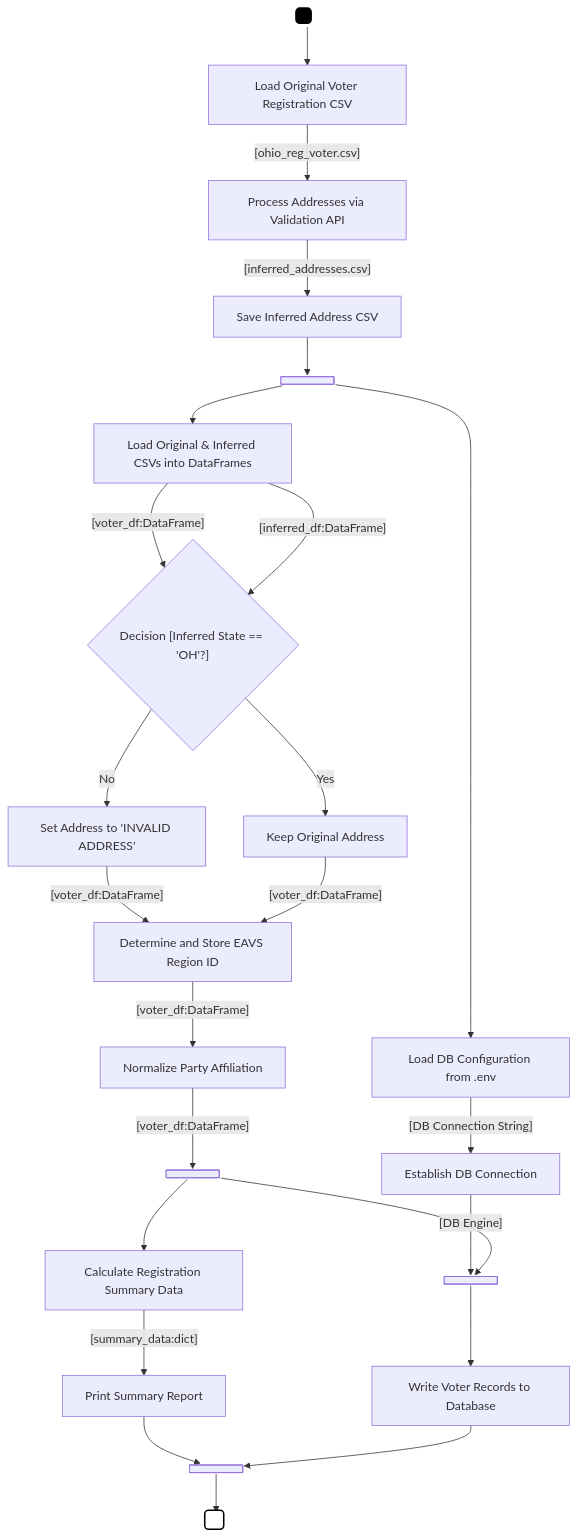
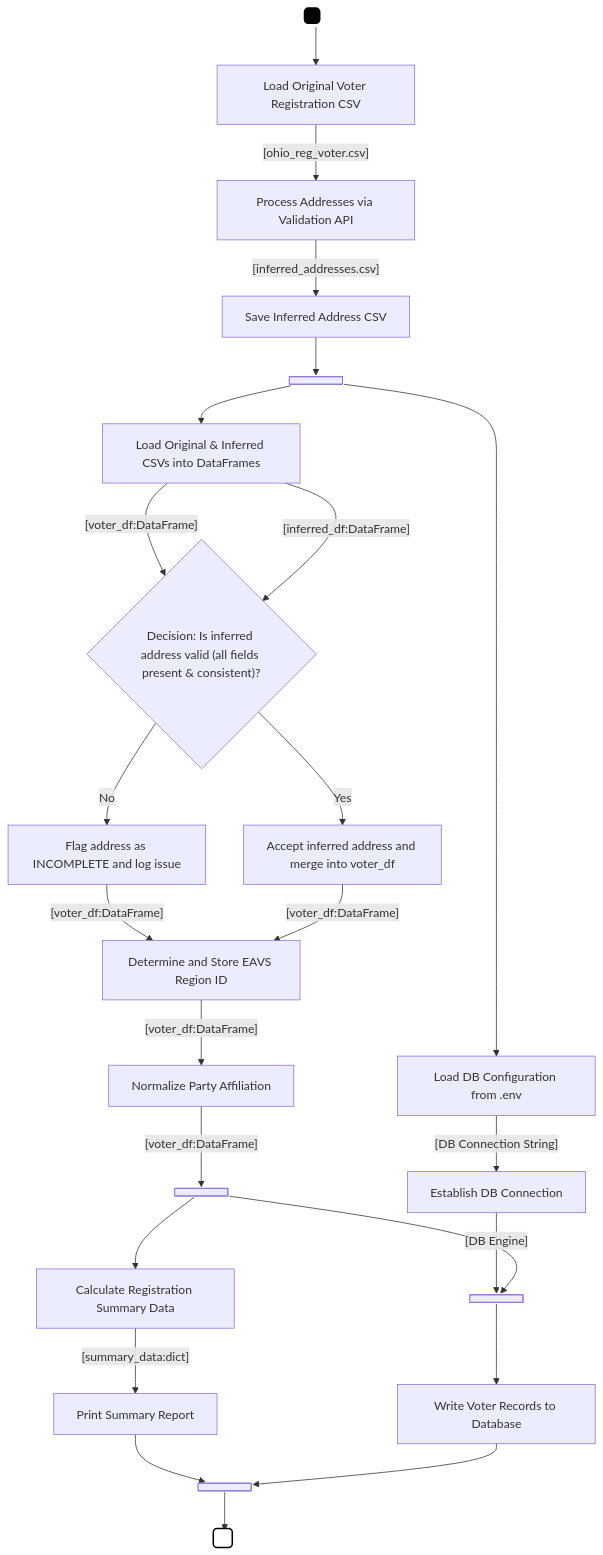
Before and after one commit to cse416-the-knicks/voter-analysis-viewer: the diagram in data_common/scripts/docs/activity-diagrams/prepro7+10.mermaid, drawn with Mermaid. The commit also changed 1 other file, not shown here.

Commit message:
Changed decision for inferred addresses

```diff
--- a/data_common/scripts/docs/activity-diagrams/prepro7+10.mermaid
+++ b/data_common/scripts/docs/activity-diagrams/prepro7+10.mermaid
@@ -1,57 +1,62 @@
 graph TD
     Start( )
     style Start fill:#000,stroke:#000,stroke-width:2px,width:20px,height:20px,shape:circle
     End( )
     style End fill:#fff,stroke:#000,stroke-width:2px,width:25px,height:25px,shape:doublecircle
+
     fork1@{shape: fork}
     join1@{shape: join}
     fork2@{shape: fork}
     join2@{shape: join}
 
     %% Flow
     
     %% API Process to create the inferred CSV
     Start --> A[Load Original Voter Registration CSV]
     A -- "[ohio_reg_voter.csv]" --> B[Process Addresses via Validation API]
     B -- "[inferred_addresses.csv]" --> C[Save Inferred Address CSV]
     
     %% Main script logic
     C --> fork1
 
     %% Branch 1: Database Preparation
     fork1 --> D[Load DB Configuration from .env]
     D -- "[DB Connection String]" --> E[Establish DB Connection]
     
     %% Branch 2: Main Data Processing
     fork1 --> F[Load Original & Inferred CSVs into DataFrames]
     
-    %% Deciding to keep or reject address
-    F -- "[voter_df:DataFrame]" --> G{"Decision [Inferred State == 'OH'?]"}
-    F -- "[inferred_df:DataFrame]" --> G{"Decision [Inferred State == 'OH'?]"}
-    G -- "No" --> H[Set Address to 'INVALID ADDRESS']
-    G -- "Yes" --> I[Keep Original Address]
+    %% Verification of inferred address completeness/consistency
+    F -- "[voter_df:DataFrame]" --> G{"Decision: Is inferred<br/>address complete<br/>& consistent?"}
+    F -- "[inferred_df:DataFrame]" --> G{"Decision: Is inferred address valid (all fields present & consistent)?"}
+
+    %% No branch: incomplete / inconsistent address
+    G -- "No" --> H[Flag address as INCOMPLETE and log issue]
+
+    %% Yes branch: good inferred address
+    G -- "Yes" --> I[Accept inferred address and merge into voter_df]
     
-    %% Rejoin flow: Both paths continue to EAVS determination
+    %% Rejoin flow: both paths continue to EAVS determination
     H -- "[voter_df:DataFrame]" --> J[Determine and Store EAVS Region ID]
     I -- "[voter_df:DataFrame]" --> J[Determine and Store EAVS Region ID]
     
     %% Main processing steps
     J -- "[voter_df:DataFrame]" --> K[Normalize Party Affiliation]
     
-    %% Fork for printing summary data and putting data in db
+    %% Fork for printing summary data and writing to DB
     K -- "[voter_df:DataFrame]" --> fork2
 
     %% Use Case 7: Generate Summary Report
     fork2 --> L[Calculate Registration Summary Data]
     L -- "[summary_data:dict]" --> M[Print Summary Report]
     
-    %% Writing data to db
+    %% Writing data to DB
     E -- "[DB Engine]" --> join1
     fork2 --> join1
     
     join1 --> N[Write Voter Records to Database]
 
     %% Final join
     M --> join2
     N --> join2
     join2 --> End
```
